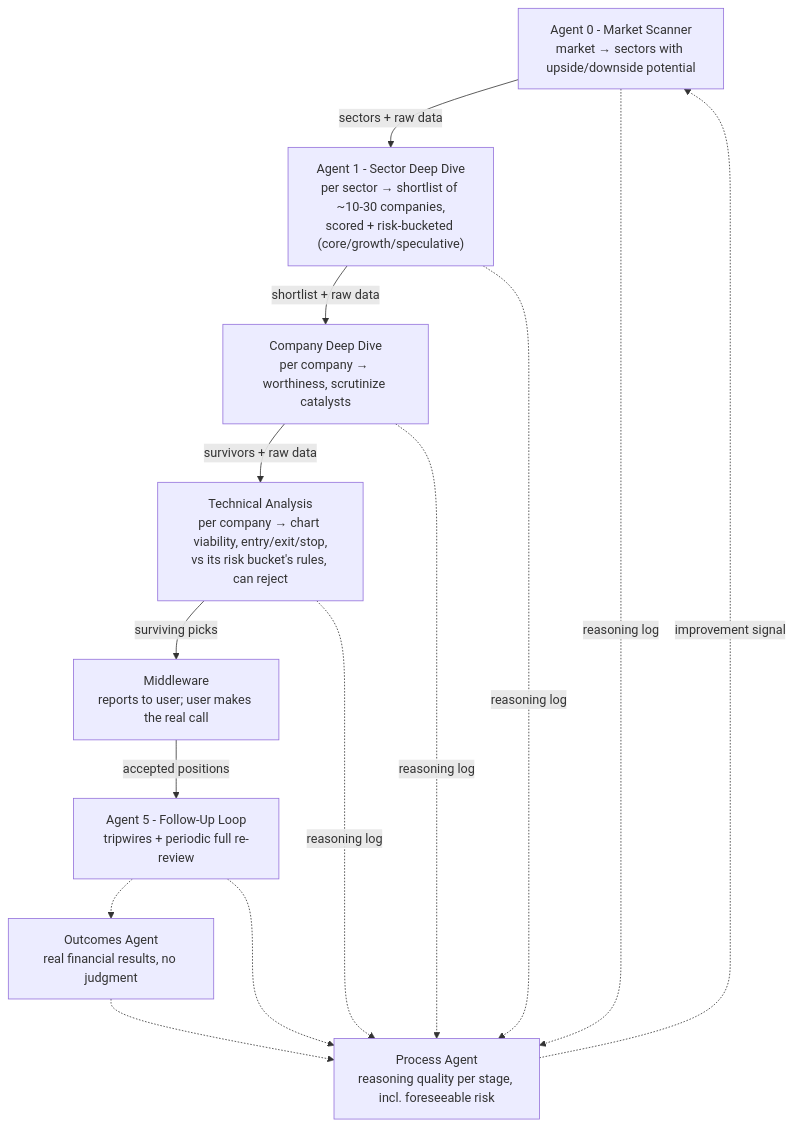
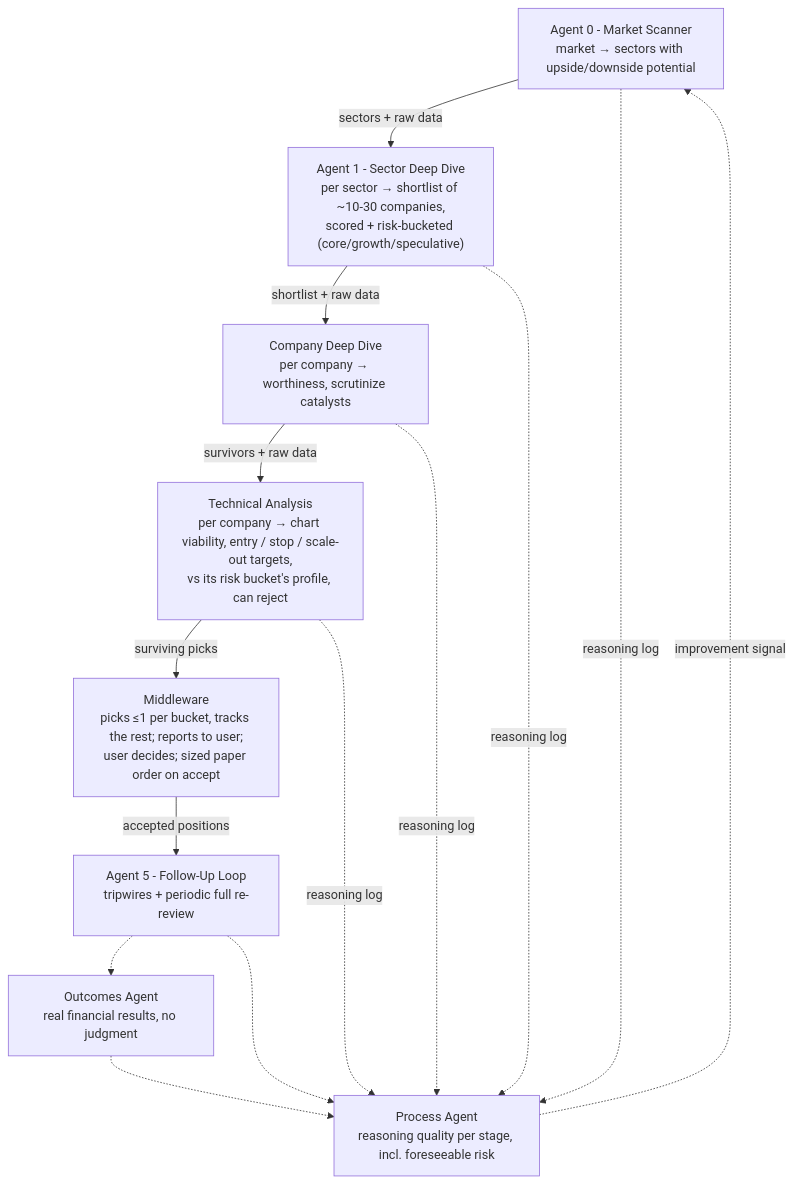
The diagram in docs/ARCHITECTURE.md (ashakir11-dev/trading-platform), drawn with Mermaid before and after one commit. The commit also changed other lines of this file and 20 other files, not shown here.

````diff
--- a/docs/ARCHITECTURE.md
+++ b/docs/ARCHITECTURE.md
@@ -23,22 +23,22 @@
 ```mermaid
 flowchart TD
     A0["Agent 0 - Market Scanner<br/>market → sectors with upside/downside potential"]
     A1["Agent 1 - Sector Deep Dive<br/>per sector → shortlist of ~10-30 companies,<br/>scored + risk-bucketed (core/growth/speculative)"]
     A2["Company Deep Dive<br/>per company → worthiness, scrutinize catalysts"]
-    A3["Technical Analysis<br/>per company → chart viability, entry/exit/stop,<br/>vs its risk bucket's rules, can reject"]
-    MW["Middleware<br/>reports to user; user makes the real call"]
+    A3["Technical Analysis<br/>per company → chart viability, entry / stop / scale-out targets,<br/>vs its risk bucket's profile, can reject"]
+    MW["Middleware<br/>picks ≤1 per bucket, tracks the rest; reports to user;<br/>user decides; sized paper order on accept"]
     A5["Agent 5 - Follow-Up Loop<br/>tripwires + periodic full re-review"]
     OUT["Outcomes Agent<br/>real financial results, no judgment"]
     PROC["Process Agent<br/>reasoning quality per stage, incl. foreseeable risk"]
 
     A0 -->|sectors + raw data| A1
     A1 -->|shortlist + raw data| A2
     A2 -->|survivors + raw data| A3
     A3 -->|surviving picks| MW
     MW -->|accepted positions| A5
     A5 -.-> OUT
     A5 -.-> PROC
     A0 & A1 & A2 & A3 -.reasoning log.-> PROC
     OUT -.-> PROC
     PROC -.improvement signal.-> A0
 ```
````
